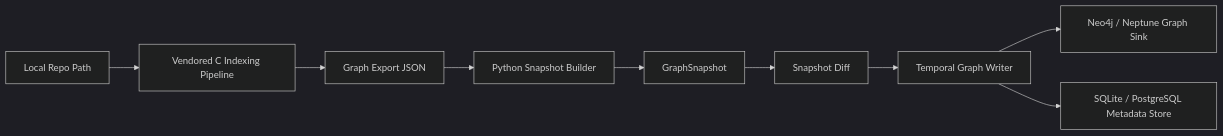
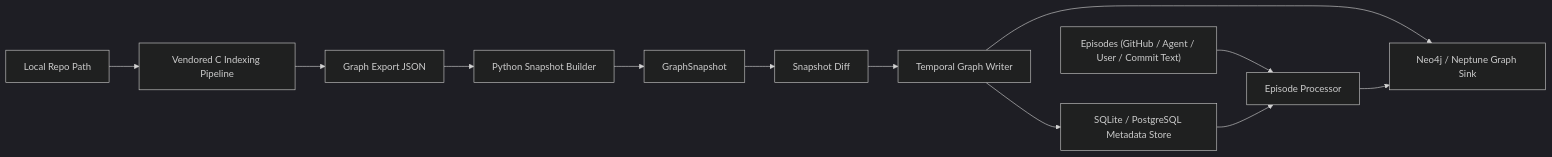
Before and after one commit to KirillUtyashev/Context-Graph: the diagram in context_graph/README.md, drawn with Mermaid (dark theme). The commit also changed other lines of this file and 38 other files, not shown here.

Commit message:
Implemented: - Adding git commits, PRs and Issues to provenance graph - Wired Graphiti entity and fact extraction (still need work done) - Changed infra to request Lambda with EFS

````diff
--- a/context_graph/README.md
+++ b/context_graph/README.md
@@ -129,11 +129,14 @@
 ```mermaid
 flowchart LR
     A["Local Repo Path"] --> B["Vendored C Indexing Pipeline"]
     B --> C["Graph Export JSON"]
     C --> D["Python Snapshot Builder"]
     D --> E["GraphSnapshot"]
     E --> F["Snapshot Diff"]
     F --> G["Temporal Graph Writer"]
     G --> H["Neo4j / Neptune Graph Sink"]
     G --> I["SQLite / PostgreSQL Metadata Store"]
+    J["Episodes (GitHub / Agent / User / Commit Text)"] --> K["Episode Processor"]
+    K --> H
+    I --> K
 ```
````
